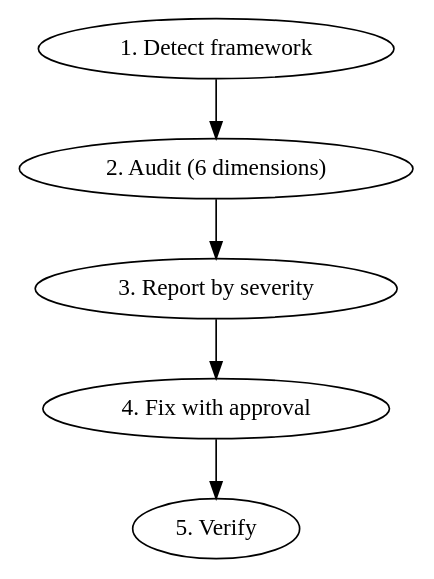
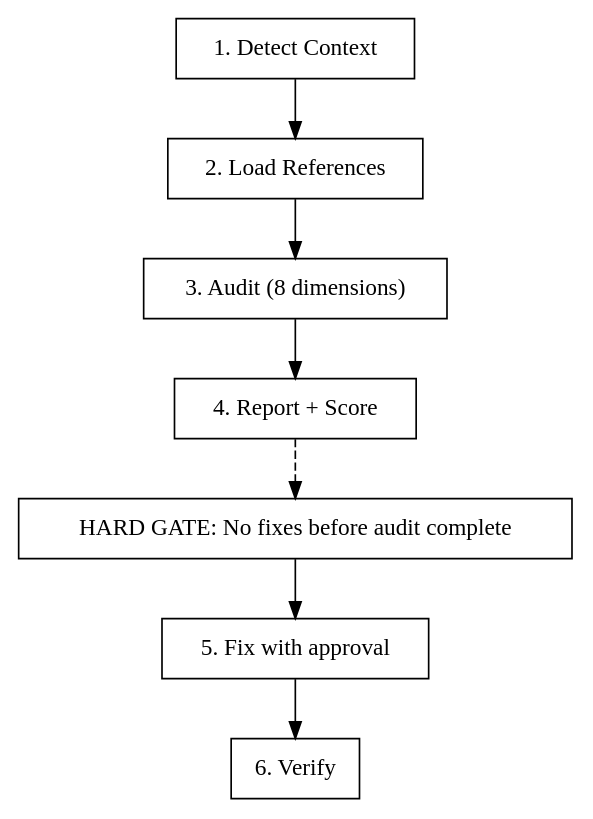
The diagram in plugins/seo-geo-optimizer/skills/seo-geo-optimizer/SKILL.md (CREAI-IT/creai-it-skills), drawn with Graphviz before and after one commit. The commit also changed other lines of this file and 7 other files, not shown here.

````diff
--- a/plugins/seo-geo-optimizer/skills/seo-geo-optimizer/SKILL.md
+++ b/plugins/seo-geo-optimizer/skills/seo-geo-optimizer/SKILL.md
@@ -12,8 +12,12 @@
 ```dot
 digraph seo_geo {
-    "1. Detect framework" -> "2. Audit (6 dimensions)";
-    "2. Audit (6 dimensions)" -> "3. Report by severity";
-    "3. Report by severity" -> "4. Fix with approval";
-    "4. Fix with approval" -> "5. Verify";
+    rankdir=TB;
+    node [shape=box];
+    "1. Detect Context" -> "2. Load References";
+    "2. Load References" -> "3. Audit (8 dimensions)";
+    "3. Audit (8 dimensions)" -> "4. Report + Score";
+    "4. Report + Score" -> "HARD GATE: No fixes before audit complete" [style=dashed];
+    "HARD GATE: No fixes before audit complete" -> "5. Fix with approval";
+    "5. Fix with approval" -> "6. Verify";
 }
 ```
````
